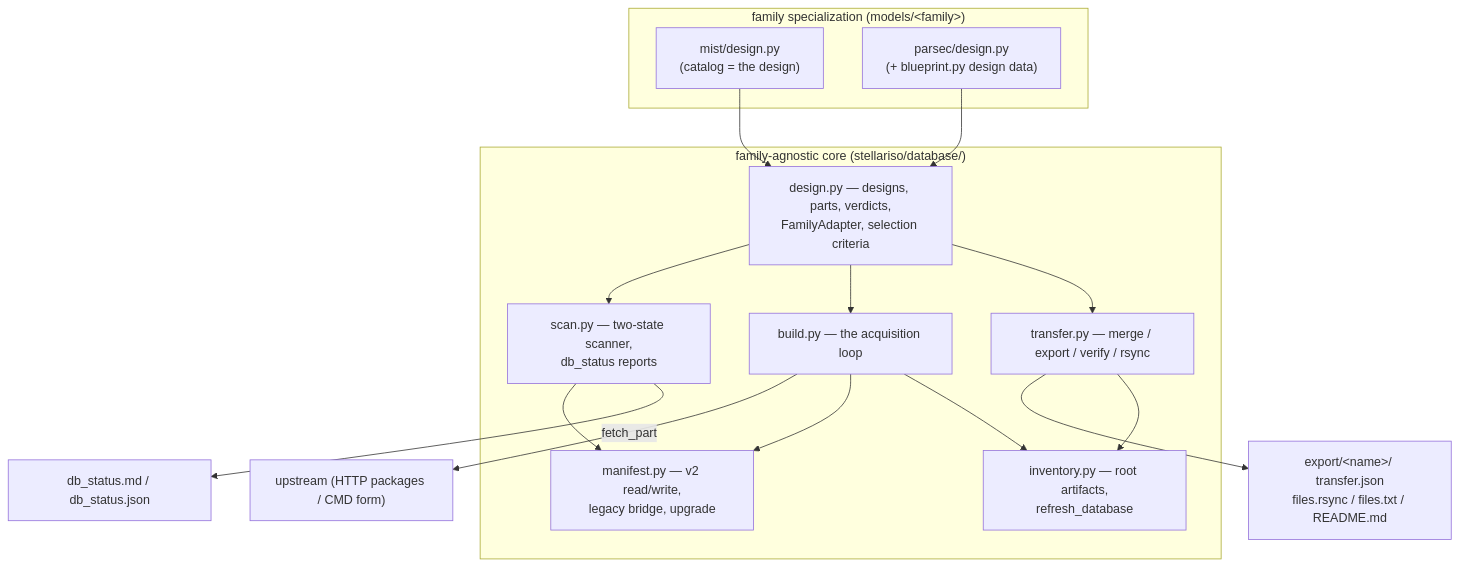
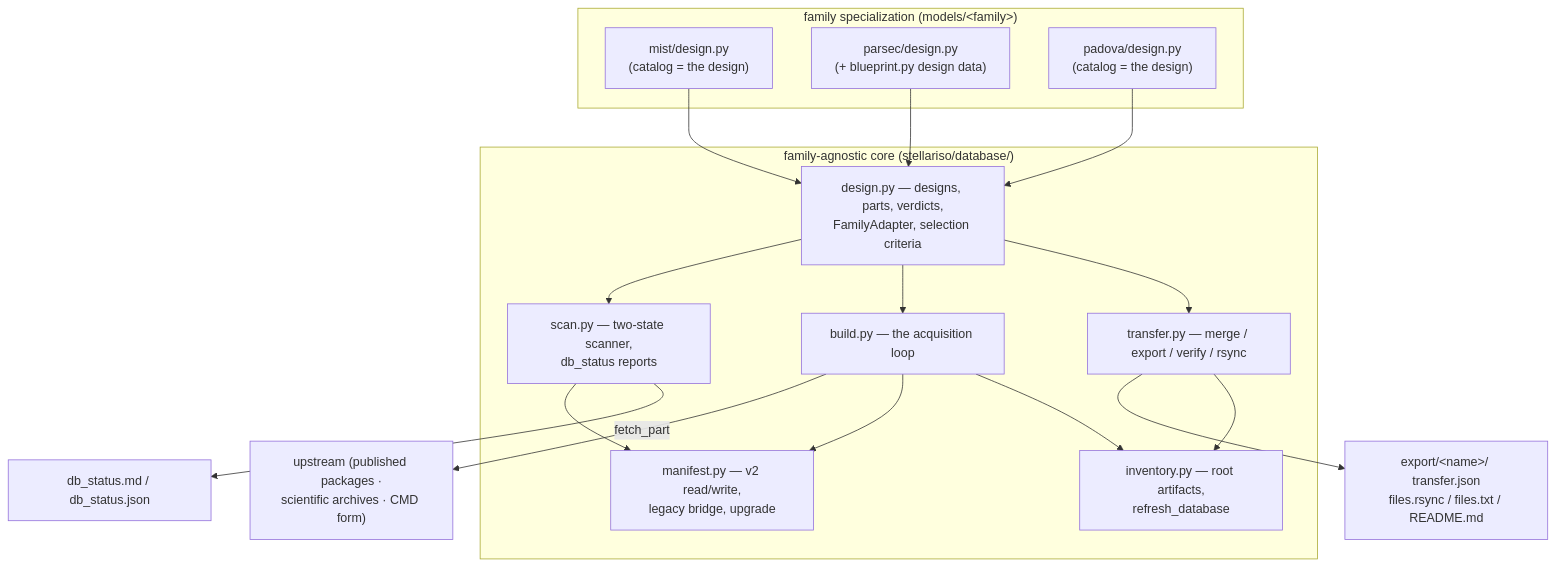
One commit to astro-jingtao/stellariso changed the diagram in docs/database.md. Above: the diagram before and after it, drawn with Mermaid. The commit also changed other lines of this file and 3 other files, not shown here.

````diff
--- a/docs/database.md
+++ b/docs/database.md
@@ -7,28 +7,30 @@
 ```mermaid
 flowchart TB
     subgraph A["family specialization (models/&lt;family&gt;)"]
         MA["mist/design.py<br/>(catalog = the design)"]
         PA["parsec/design.py<br/>(+ blueprint.py design data)"]
+        DO["padova/design.py<br/>(catalog = the design)"]
     end
     subgraph C["family-agnostic core (stellariso/database/)"]
         D["design.py — designs, parts, verdicts,<br/>FamilyAdapter, selection criteria"]
         S["scan.py — two-state scanner,<br/>db_status reports"]
         B["build.py — the acquisition loop"]
         T["transfer.py — merge / export / verify / rsync"]
         M["manifest.py — v2 read/write,<br/>legacy bridge, upgrade"]
         I["inventory.py — root artifacts,<br/>refresh_database"]
     end
-    NET["upstream (HTTP packages / CMD form)"]
+    NET["upstream (published packages ·<br/>scientific archives · CMD form)"]
     MA --> D
     PA --> D
+    DO --> D
     D --> S
     D --> B
     D --> T
     B -->|fetch_part| NET
     B --> M
     S --> M
     S --> R1["db_status.md / db_status.json"]
     T --> R2["export/&lt;name&gt;/ transfer.json<br/>files.rsync / files.txt / README.md"]
     B --> I
     T --> I
 ```
````
